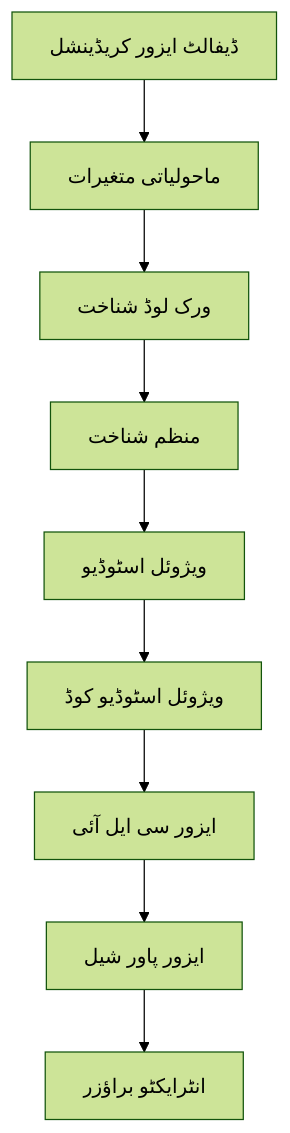
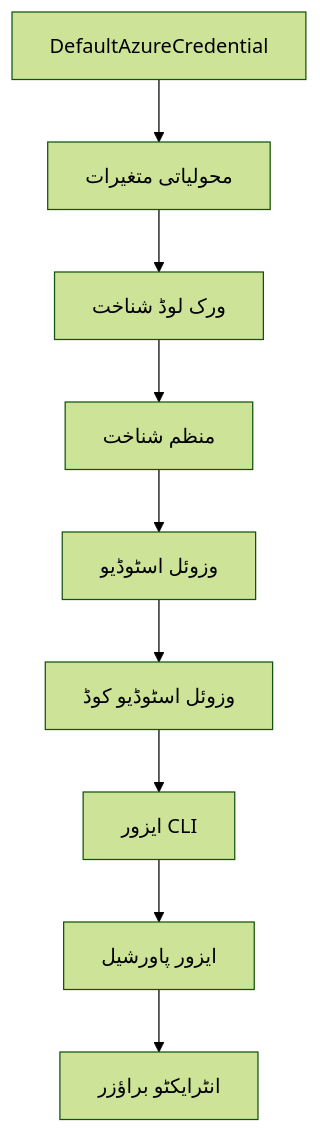
One commit to microsoft/AZD-for-beginners changed the second of 2 diagrams in translations/ur/docs/chapter-01-foundation/azd-basics.md. Above: the diagram before and after it, drawn with Mermaid (forest theme). The commit also changed other lines of this file and 101 other files, not shown here.

````diff
--- a/translations/ur/docs/chapter-01-foundation/azd-basics.md
+++ b/translations/ur/docs/chapter-01-foundation/azd-basics.md
@@ -557,11 +594,11 @@
 ```mermaid
 graph TD
-    A[ڈیفالٹ ایزور کریڈینشل] --> B[ماحولیاتی متغیرات]
+    A[DefaultAzureCredential] --> B[محولیاتی متغیرات]
     B --> C[ورک لوڈ شناخت]
     C --> D[منظم شناخت]
-    D --> E[ویژوئل اسٹوڈیو]
-    E --> F[ویژوئل اسٹوڈیو کوڈ]
-    F --> G[ایزور سی ایل آئی]
-    G --> H[ایزور پاور شیل]
+    D --> E[وزوئل اسٹوڈیو]
+    E --> F[وزوئل اسٹوڈیو کوڈ]
+    F --> G[ایزور CLI]
+    G --> H[ایزور پاورشیل]
     H --> I[انٹرایکٹو براؤزر]
 ```
````
